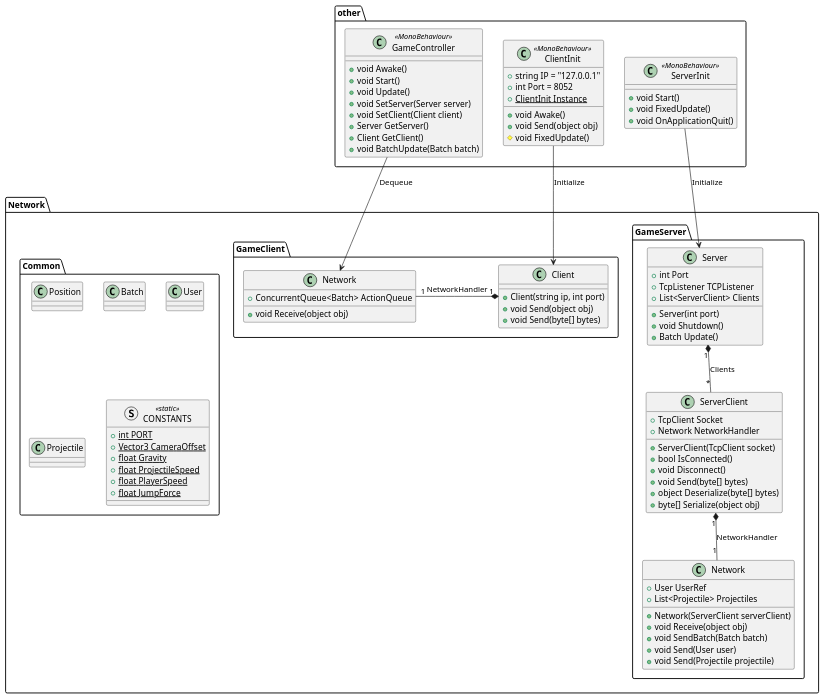
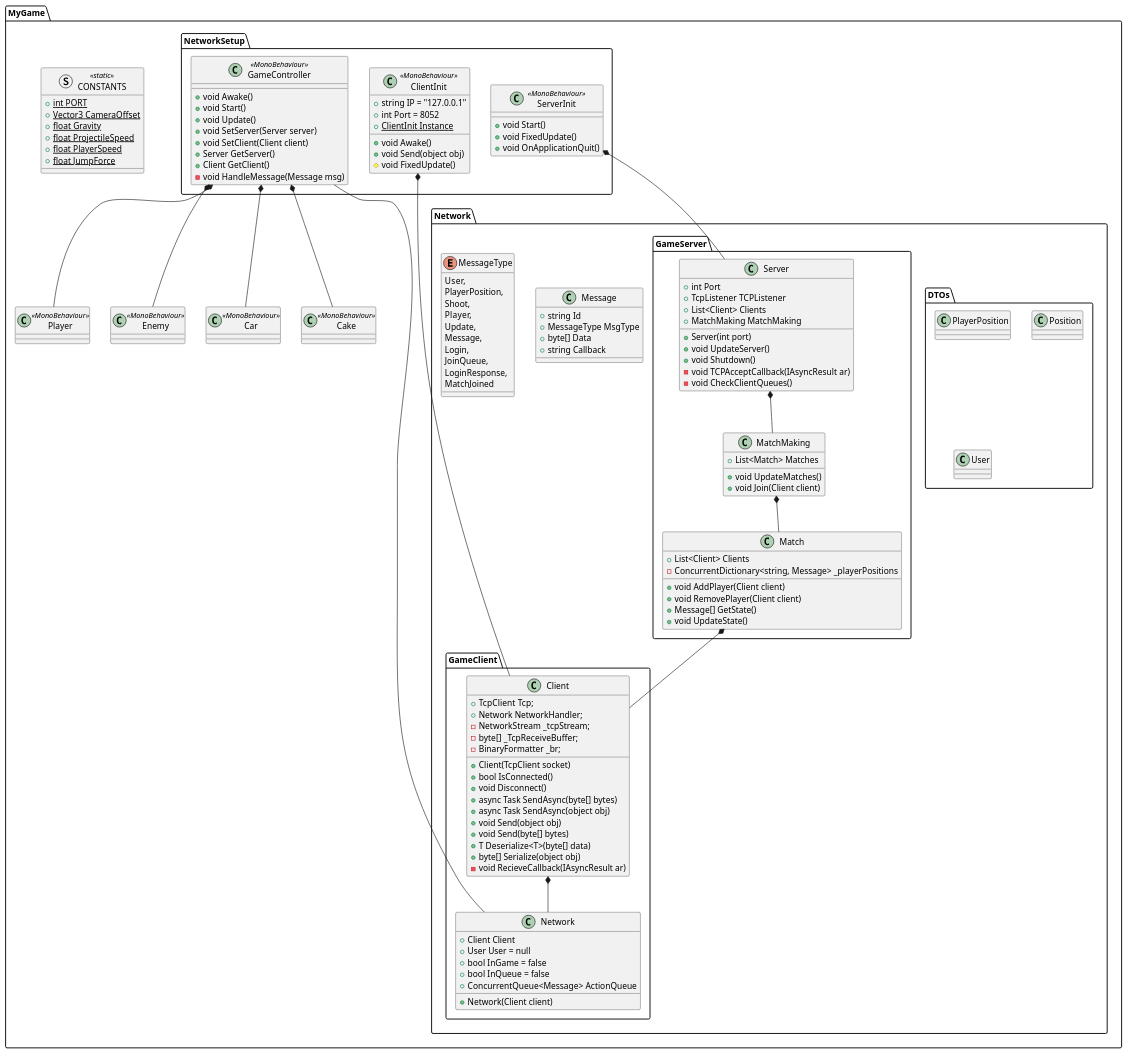
Before and after one commit to mjesper90/Network: the diagram in Assets/Docs/Network.puml, drawn with PlantUML. The commit also changed 11 other files, not shown here.

Commit message:
Abit of cleanup + class diagram update

```diff
--- a/Assets/Docs/Network.puml
+++ b/Assets/Docs/Network.puml
@@ -1,99 +1,151 @@
 @startuml
 
 set separator ::
+namespace MyGame{
+    namespace Network{
+        namespace DTOs{
+            class PlayerPosition{}
+            class Position{}
+            class User{}
+        }
+        namespace GameClient{
+            class Client {
+                + TcpClient Tcp;
+                + Network NetworkHandler;
+                - NetworkStream _tcpStream;
+                - byte[] _TcpReceiveBuffer;
+                - BinaryFormatter _br;
+                + Client(TcpClient socket)
+                + bool IsConnected()
+                + void Disconnect()
+                + async Task SendAsync(byte[] bytes)
+                + async Task SendAsync(object obj)
+                + void Send(object obj)
+                + void Send(byte[] bytes)
+                + T Deserialize<T>(byte[] data)
+                + byte[] Serialize(object obj)
+                - void RecieveCallback(IAsyncResult ar)
+            }
+            class Network {
+                + Client Client
+                + User User = null
+                + bool InGame = false
+                + bool InQueue = false
+                + ConcurrentQueue<Message> ActionQueue
+                + Network(Client client)
+            }
+        }
+        namespace GameServer{
+            class Server{
+                + int Port
+                + TcpListener TCPListener
+                + List<Client> Clients
+                + MatchMaking MatchMaking
+                + Server(int port)
+                + void UpdateServer()
+                + void Shutdown()
+                - void TCPAcceptCallback(IAsyncResult ar)
+                - void CheckClientQueues()
+            }
+            class Match{
+                + List<Client> Clients
+                - ConcurrentDictionary<string, Message> _playerPositions
+                + void AddPlayer(Client client)
+                + void RemovePlayer(Client client)
+                + Message[] GetState()
+                + void UpdateState()
+            }
+            class MatchMaking{
+                + List<Match> Matches
+                + void UpdateMatches()
+                + void Join(Client client)
+            }
+        }
 
-namespace Network{
-    namespace GameClient{
-        class Client {
-            + Client(string ip, int port)
-            + void Send(object obj)
-            + void Send(byte[] bytes)
+        class Message{
+            + string Id
+            + MessageType MsgType
+            + byte[] Data
+            + string Callback
         }
-        class Network {
-            + ConcurrentQueue<Batch> ActionQueue
-            + void Receive(object obj)
+        enum MessageType{
+            User,
+            PlayerPosition,
+            Shoot,
+            Player,
+            Update,
+            Message,
+            Login,
+            JoinQueue,
+            LoginResponse,
+            MatchJoined
         }
     }
-    namespace GameServer{
-        class Server{
-            + int Port
-            + TcpListener TCPListener
-            + List<ServerClient> Clients
-            + Server(int port)
-            + void Shutdown()
-            + Batch Update()
+
+    struct CONSTANTS <<static>> {
+        + {static} int PORT
+        + {static} Vector3 CameraOffset
+        + {static} float Gravity
+        + {static} float ProjectileSpeed
+        + {static} float PlayerSpeed
+        + {static} float JumpForce
+    }
+
+
+    class Player <<MonoBehaviour>>{
+
+    }
+    class Enemy <<MonoBehaviour>>{
+
+    }
+    class Car <<MonoBehaviour>>{
+
+    }
+
+    class Cake <<MonoBehaviour>>{
+
+    }
+    namespace NetworkSetup{
+        class GameController <<MonoBehaviour>>{
+            + void Awake()
+            + void Start()
+            + void Update()
+            + void SetServer(Server server)
+            + void SetClient(Client client)
+            + Server GetServer()
+            + Client GetClient()
+            - void HandleMessage(Message msg)
         }
-        class ServerClient{
-            + TcpClient Socket
-            + Network NetworkHandler
-            + ServerClient(TcpClient socket)
-            + bool IsConnected()
-            + void Disconnect()
-            + void Send(byte[] bytes)
-            + object Deserialize(byte[] bytes)
-            + byte[] Serialize(object obj)
+        class ClientInit <<MonoBehaviour>>{
+            + string IP = "127.0.0.1"
+            + int Port = 8052
+            + {static} ClientInit Instance
+            + void Awake()
+            + void Send(object obj)
+            # void FixedUpdate()
         }
-        class Network{
-            + User UserRef
-            + List<Projectile> Projectiles
-            + Network(ServerClient serverClient)
-            + void Receive(object obj)
-            + void SendBatch(Batch batch)
-            + void Send(User user)
-            + void Send(Projectile projectile)
-        }
-    }
-    namespace Common{
-        class Position{}
-        class Batch{}
-        class User{}
-        class Projectile{}
-        struct CONSTANTS <<static>> {
-            + {static} int PORT
-            + {static} Vector3 CameraOffset
-            + {static} float Gravity
-            + {static} float ProjectileSpeed
-            + {static} float PlayerSpeed
-            + {static} float JumpForce
+        class ServerInit <<MonoBehaviour>>{
+            + void Start()
+            + void FixedUpdate()
+            + void OnApplicationQuit()
         }
     }
 }
 
 
-namespace other{
-    class GameController <<MonoBehaviour>>{
-        + void Awake()
-        + void Start()
-        + void Update()
-        + void SetServer(Server server)
-        + void SetClient(Client client)
-        + Server GetServer()
-        + Client GetClient()
-        + void BatchUpdate(Batch batch)
-    }
-    class ClientInit <<MonoBehaviour>>{
-        + string IP = "127.0.0.1"
-        + int Port = 8052
-        + {static} ClientInit Instance
-        + void Awake()
-        + void Send(object obj)
-        # void FixedUpdate()
-    }
-    class ServerInit <<MonoBehaviour>>{
-        + void Start()
-        + void FixedUpdate()
-        + void OnApplicationQuit()
-    }
-}
+MyGame::Network::GameClient::Client *-- MyGame::Network::GameClient::Network
+MyGame::NetworkSetup::GameController *-- MyGame::Enemy
+MyGame::NetworkSetup::GameController *-- MyGame::Player
+MyGame::NetworkSetup::GameController *-- MyGame::Car
+MyGame::NetworkSetup::GameController *-- MyGame::Cake
+MyGame::NetworkSetup::GameController -- MyGame::Network::GameClient::Network
 
+MyGame::NetworkSetup::ClientInit *-- MyGame::Network::GameClient::Client
+MyGame::NetworkSetup::ServerInit *-- MyGame::Network::GameServer::Server
 
-Network::GameServer::Server "1" *-- "*" Network::GameServer::ServerClient : Clients
-Network::GameServer::ServerClient "1" *-- "1" Network::GameServer::Network : NetworkHandler
-Network::GameClient::Client "1" *- "1" Network::GameClient::Network : NetworkHandler
-
-other::GameController --> Network::GameClient::Network : Dequeue
-other::ClientInit --> Network::GameClient::Client : Initialize
-other::ServerInit --> Network::GameServer::Server : Initialize
+MyGame::Network::GameServer::Server *-- MyGame::Network::GameServer::MatchMaking
+MyGame::Network::GameServer::MatchMaking *-- MyGame::Network::GameServer::Match
+MyGame::Network::GameServer::Match *-- MyGame::Network::GameClient::Client
 
 
 @enduml
```
